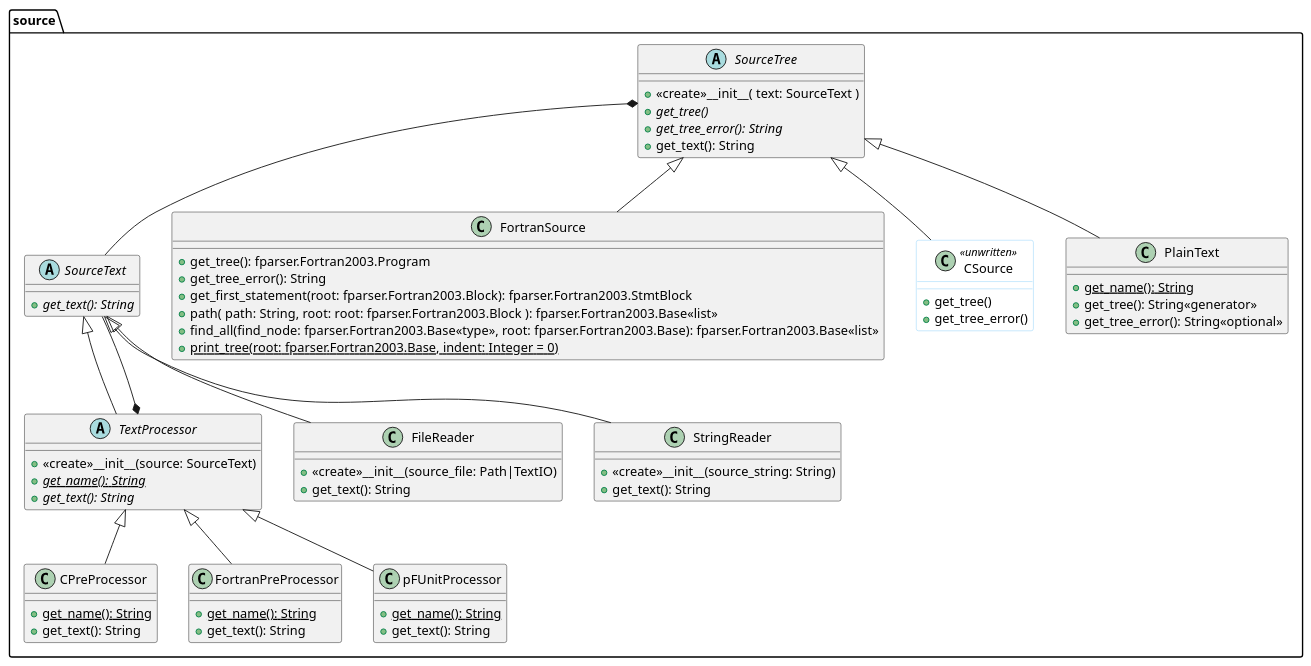
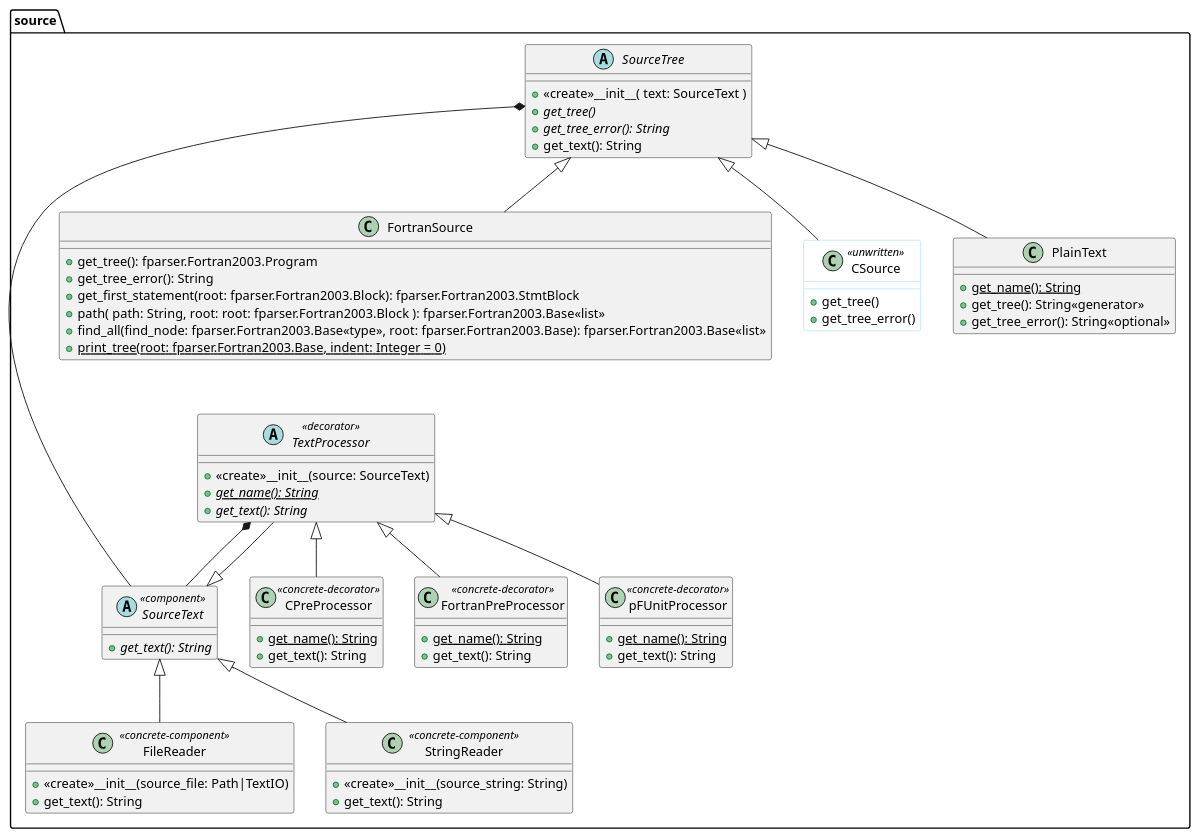
One commit to MetOffice/stylist changed the diagram in documentation/source/developer-information/uml/source_class.puml. Above: the diagram before and after it, drawn with PlantUML. The commit also changed 5 other files, not shown here.

Commit message:
Improved diagrams.

```diff
--- a/documentation/source/developer-information/uml/source_class.puml
+++ b/documentation/source/developer-information/uml/source_class.puml
@@ -1,88 +1,88 @@
 skinparam class {
     BackgroundColor<<unwritten>> AlliceBlue
     BorderColor<<unwritten>> LightSkyBlue
 }
 
 
-abstract class source.SourceText {
-    +{abstract}get_text(): String
-}
-
-
-source.TextProcessor *-- source.SourceText
-abstract class source.TextProcessor {
-    +<<create>>__init__(source: SourceText)
-    +{abstract}{static}get_name(): String
-    +{abstract}get_text(): String
-}
-source.SourceText <|-- source.TextProcessor
-
-
-class source.CPreProcessor {
+class source.CPreProcessor <<concrete-decorator>> {
     +{static}get_name(): String
     +get_text(): String
 }
 source.TextProcessor <|-- source.CPreProcessor
 
 
-class source.FortranPreProcessor {
+class source.FortranPreProcessor <<concrete-decorator>> {
     +{static}get_name(): String
     +get_text(): String
 }
 source.TextProcessor <|-- source.FortranPreProcessor
 
 
-class source.pFUnitProcessor {
+class source.pFUnitProcessor <<concrete-decorator>> {
     +{static}get_name(): String
     +get_text(): String
 }
 source.TextProcessor <|-- source.pFUnitProcessor
 
 
-class source.FileReader {
+abstract class source.TextProcessor <<decorator>> {
+    +<<create>>__init__(source: SourceText)
+    +{abstract}{static}get_name(): String
+    +{abstract}get_text(): String
+}
+source.TextProcessor *-- source.SourceText
+
+
+class source.FileReader <<concrete-component>> {
     +<<create>>__init__(source_file: Path|TextIO)
     +get_text(): String
 }
 source.SourceText <|-- source.FileReader
 
 
-class source.StringReader {
+class source.StringReader <<concrete-component>> {
     +<<create>>__init__(source_string: String)
     +get_text(): String
 }
 source.SourceText <|-- source.StringReader
 
 
-source.SourceTree *-- source.SourceText
+abstract class source.SourceText <<component>> {
+    +{abstract}get_text(): String
+}
+source.SourceText <|-- source.TextProcessor
+
+
 abstract class source.SourceTree {
     +<<create>>__init__( text: SourceText )
     +{abstract}get_tree()
     +{abstract}get_tree_error(): String
     +get_text(): String
     }
+source.SourceTree *---- source.SourceText
 
 
 class source.FortranSource {
     +get_tree(): fparser.Fortran2003.Program
     +get_tree_error(): String
     +get_first_statement(root: fparser.Fortran2003.Block): fparser.Fortran2003.StmtBlock
     +path( path: String, root: root: fparser.Fortran2003.Block ): fparser.Fortran2003.Base<<list>>
     +find_all(find_node: fparser.Fortran2003.Base<<type>>, root: fparser.Fortran2003.Base): fparser.Fortran2003.Base<<list>>
     +{static}print_tree(root: fparser.Fortran2003.Base, indent: Integer = 0)
     }
 source.SourceTree <|-- source.FortranSource
 
 
 class source.CSource <<unwritten>> {
     +get_tree()
     +get_tree_error()
     }
 source.SourceTree <|-- source.CSource
 
 
 class source.PlainText {
     +{static}get_name(): String
     +get_tree(): String<<generator>>
     +get_tree_error(): String<<optional>>
 }
 source.SourceTree <|-- source.PlainText
```
